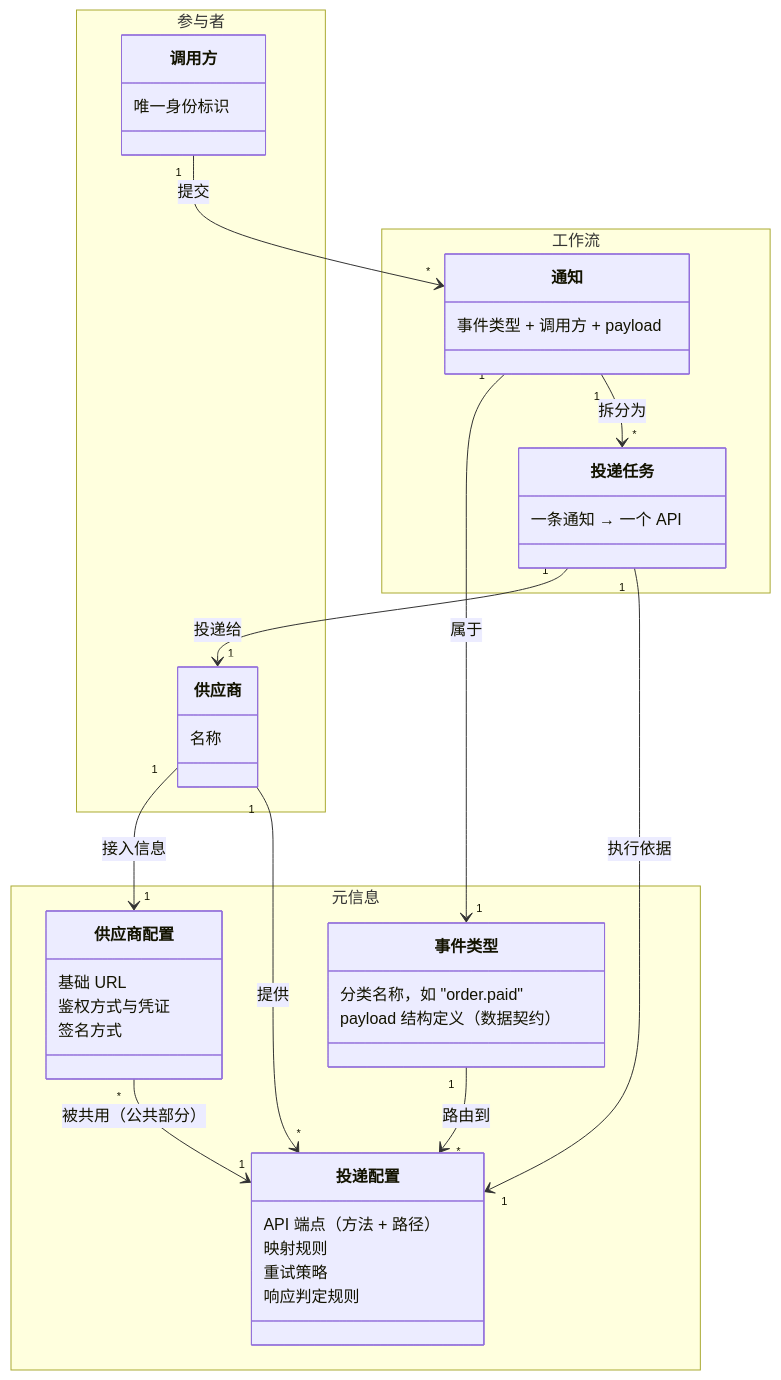
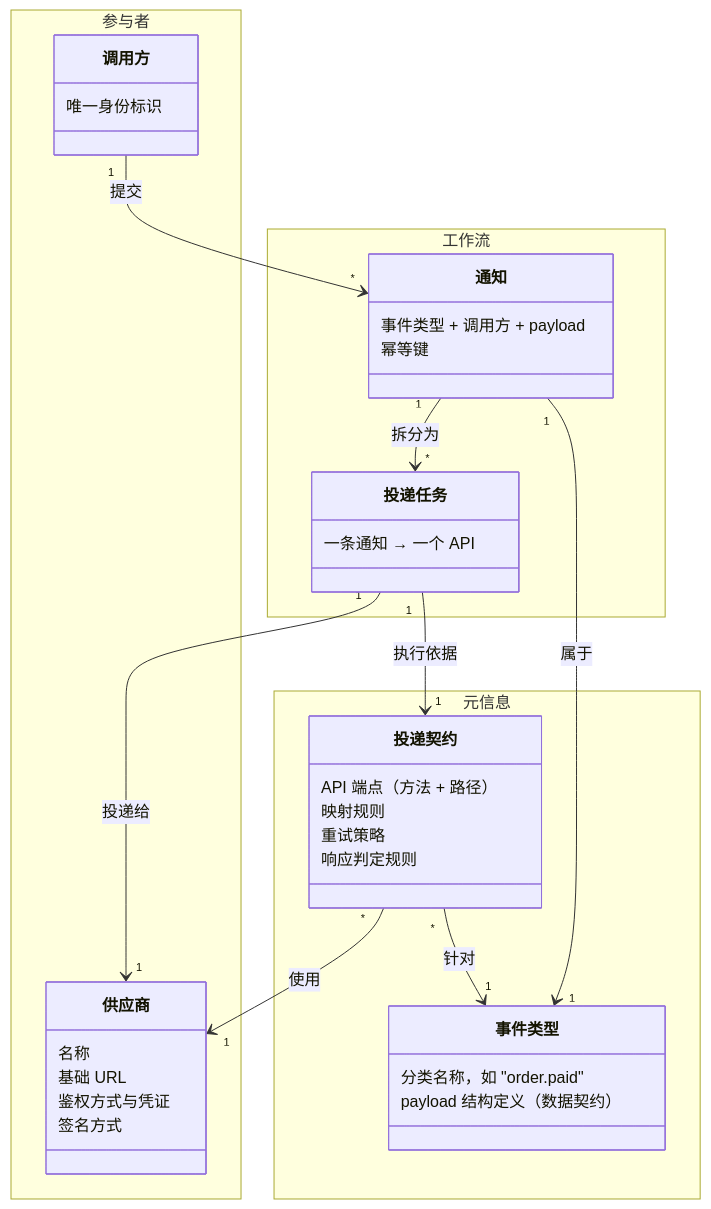
One commit to xnslong/rc_xnslong changed the eighth of 8 diagrams in doc/requirements/202605-notification.md. Above: the diagram before and after it, drawn with Mermaid. The commit also changed other lines of this file, not shown here.

Commit message:
docs: refine domain concept model — add idempotency key, rename to delivery contract
- Add '幂等键' to Notification entity
- Rename 投递配置 → 投递契约 (Delivery Contract) to better convey
  domain meaning: a complete agreement between event type and vendor
- Update all references in diagram and text

````diff
--- a/doc/requirements/202605-notification.md
+++ b/doc/requirements/202605-notification.md
@@ -513,46 +513,43 @@
 ```mermaid
 classDiagram
     namespace 参与者 {
         class 调用方 {
             唯一身份标识
         }
         class 供应商 {
             名称
+            基础 URL
+            鉴权方式与凭证
+            签名方式
         }
     }
     namespace 元信息 {
         class 事件类型 {
             分类名称，如 "order.paid"
             payload 结构定义（数据契约）
         }
-        class 供应商配置 {
-            基础 URL
-            鉴权方式与凭证
-            签名方式
-        }
-        class 投递配置 {
+        class 投递契约 {
             API 端点（方法 + 路径）
             映射规则
             重试策略
             响应判定规则
         }
     }
     namespace 工作流 {
         class 通知 {
             事件类型 + 调用方 + payload
+            幂等键
         }
         class 投递任务 {
             一条通知 → 一个 API
         }
     }
 
     调用方 "1" --> "*" 通知 : 提交
     通知 "1" --> "1" 事件类型 : 属于
     通知 "1" --> "*" 投递任务 : 拆分为
     投递任务 "1" --> "1" 供应商 : 投递给
-    投递任务 "1" --> "1" 投递配置 : 执行依据
-    供应商 "1" --> "1" 供应商配置 : 接入信息
-    供应商 "1" --> "*" 投递配置 : 提供
-    供应商配置 "*" --> "1" 投递配置 : 被共用（公共部分）
-    事件类型 "1" --> "*" 投递配置 : 路由到
+    投递任务 "1" --> "1" 投递契约 : 执行依据
+    投递契约 "*" --> "1" 事件类型 : 针对
+    投递契约 "*" --> "1" 供应商 : 使用
 ```
````
